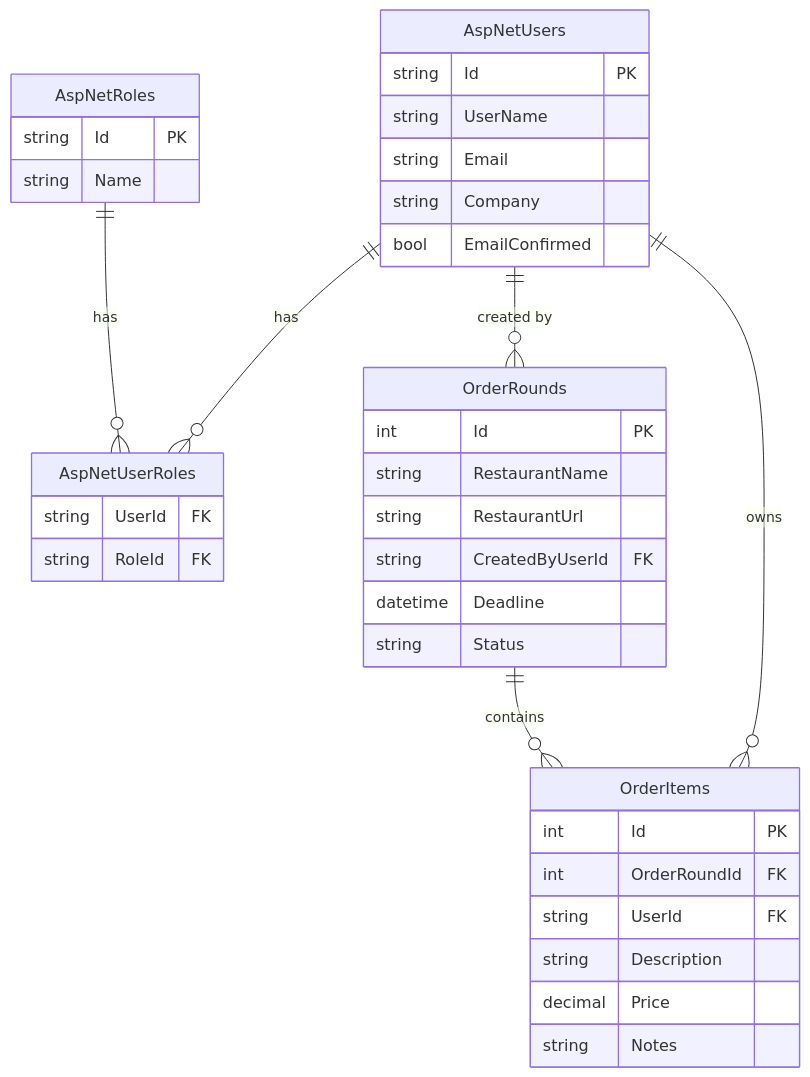
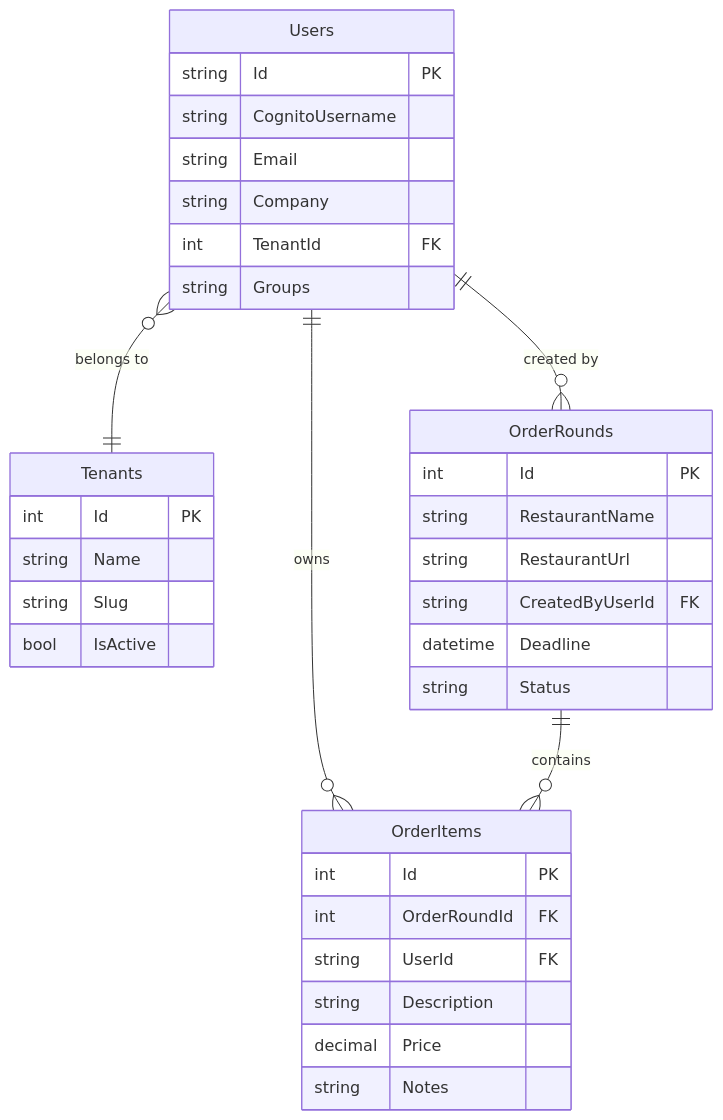
One commit to Ahmed-Shehzad/MIRA changed the third of 14 diagrams in docs/system-architecture-diagrams.md. Above: the diagram before and after it, drawn with Mermaid. The commit also changed other lines of this file and 188 other files, not shown here.

````diff
--- a/docs/system-architecture-diagrams.md
+++ b/docs/system-architecture-diagrams.md
@@ -85,44 +85,41 @@
 ```mermaid
 erDiagram
-    AspNetUsers {
+    Users {
         string Id PK
-        string UserName
+        string CognitoUsername
         string Email
         string Company
-        bool EmailConfirmed
+        int TenantId FK
+        string Groups
     }
 
-    AspNetRoles {
-        string Id PK
+    Tenants {
+        int Id PK
         string Name
-    }
-
-    AspNetUserRoles {
-        string UserId FK
-        string RoleId FK
+        string Slug
+        bool IsActive
     }
 
     OrderRounds {
         int Id PK
         string RestaurantName
         string RestaurantUrl
         string CreatedByUserId FK
         datetime Deadline
         string Status
     }
 
     OrderItems {
         int Id PK
         int OrderRoundId FK
         string UserId FK
         string Description
         decimal Price
         string Notes
     }
 
-    AspNetUsers ||--o{ AspNetUserRoles : has
-    AspNetRoles ||--o{ AspNetUserRoles : has
-    AspNetUsers ||--o{ OrderRounds : "created by"
-    AspNetUsers ||--o{ OrderItems : "owns"
+    Users }o--|| Tenants : "belongs to"
+    Users ||--o{ OrderRounds : "created by"
+    Users ||--o{ OrderItems : "owns"
     OrderRounds ||--o{ OrderItems : contains
 ```
````
